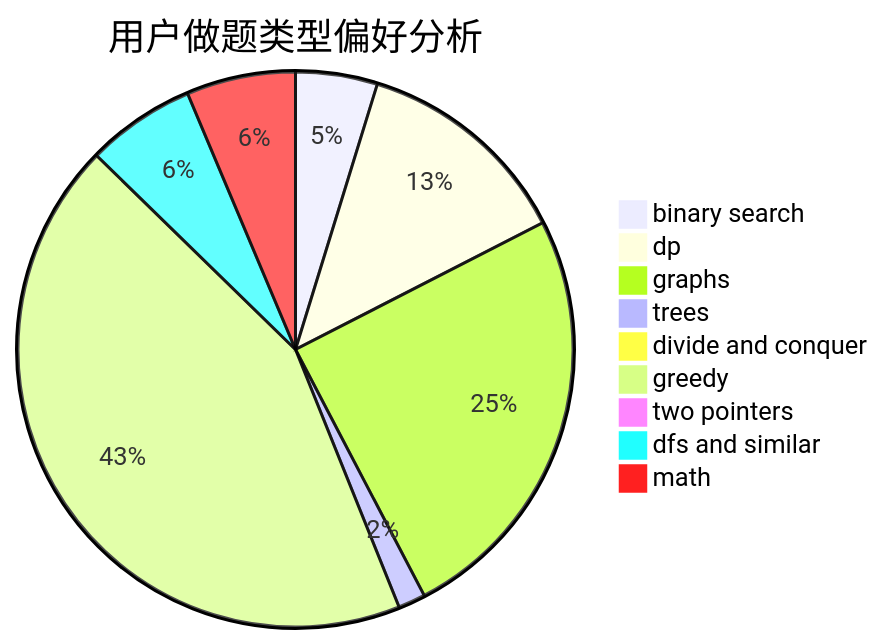
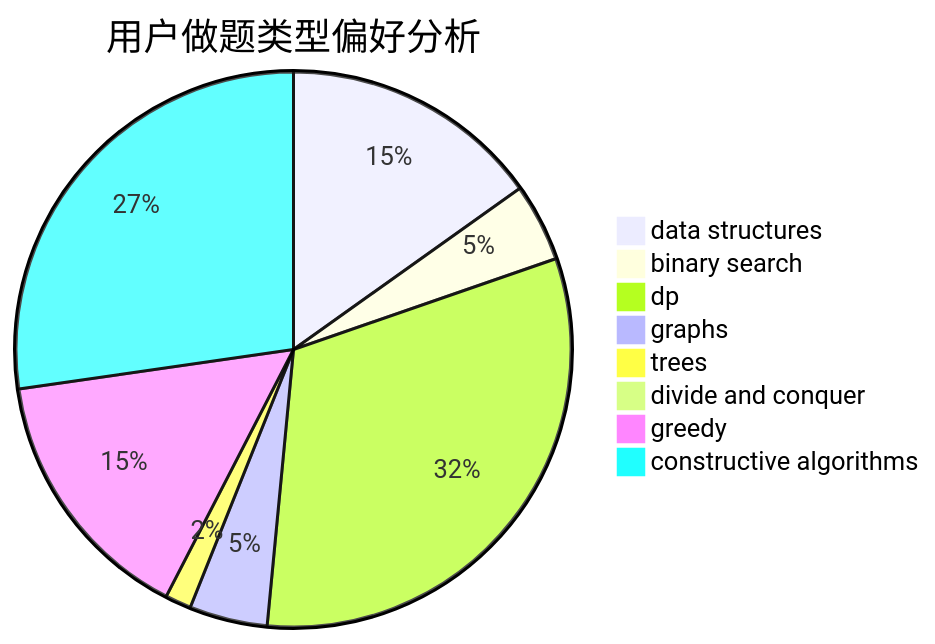
Before and after one commit to sherpahu/cfrs.github.io: the second of 3 diagrams in docs/user/u2365.md, drawn with Mermaid. The commit also changed other lines of this file and 2775 other files, not shown here.

````diff
--- a/docs/user/u2365.md
+++ b/docs/user/u2365.md
@@ -23,12 +23,11 @@
 ```mermaid
 pie title 用户做题类型偏好分析
-    "binary search" :  9
-    "dp" :  24
-    "graphs" :  47
-    "trees" :  3
+    "data structures" :  10
+    "binary search" :  3
+    "dp" :  21
+    "graphs" :  3
+    "trees" :  1
     "divide and conquer" :  0
-    "greedy" :  82
-    "two pointers" :  0
-    "dfs and similar" :  12
-    "math" :  12
+    "greedy" :  10
+    "constructive algorithms" :  18
 ```
````
